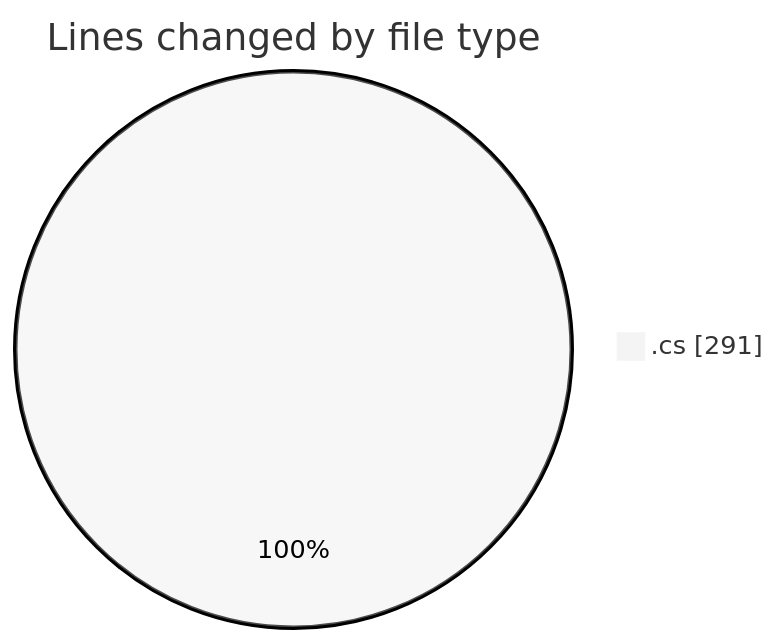
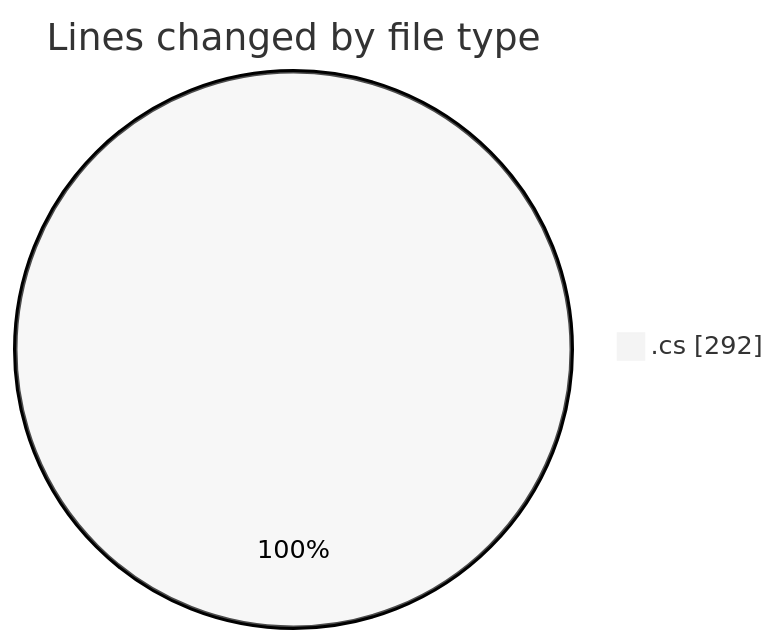
Before and after one commit to Netris89/code-tracking: the first of 2 diagrams in 2025-04-02/back-end/README.md, drawn with Mermaid (neutral theme). The commit also changed other lines of this file and 1 other file, not shown here.

````diff
--- a/2025-04-02/back-end/README.md
+++ b/2025-04-02/back-end/README.md
@@ -20,5 +20,5 @@
 ```mermaid
 pie showData
 title Lines changed by file type
-".cs" : 291
+".cs" : 292
 ```
````
